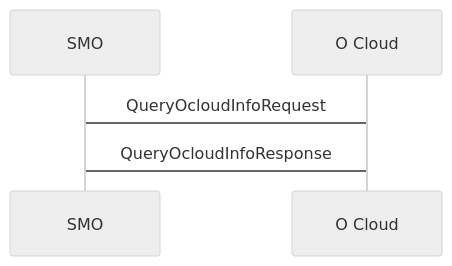
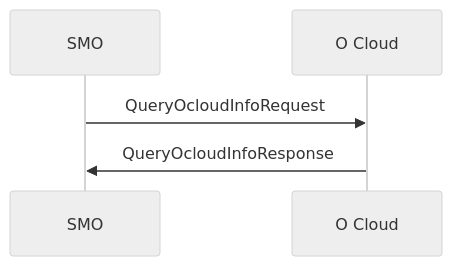
Before and after one commit to NTUST-BMW-Lab/documentation-book: the first of 7 diagrams in O-RAN/O2 Interface/2_O2ims_Services.md, drawn with Mermaid (neutral theme). The commit also changed other lines of this file, not shown here.

````diff
--- a/O-RAN/O2 Interface/2_O2ims_Services.md
+++ b/O-RAN/O2 Interface/2_O2ims_Services.md
@@ -58,5 +58,5 @@
 ```mermaid
 sequenceDiagram
-SMO->O Cloud: QueryOcloudInfoRequest
-O Cloud->SMO: QueryOcloudInfoResponse
+SMO->>O Cloud: QueryOcloudInfoRequest
+O Cloud->>SMO: QueryOcloudInfoResponse
 ```
````
